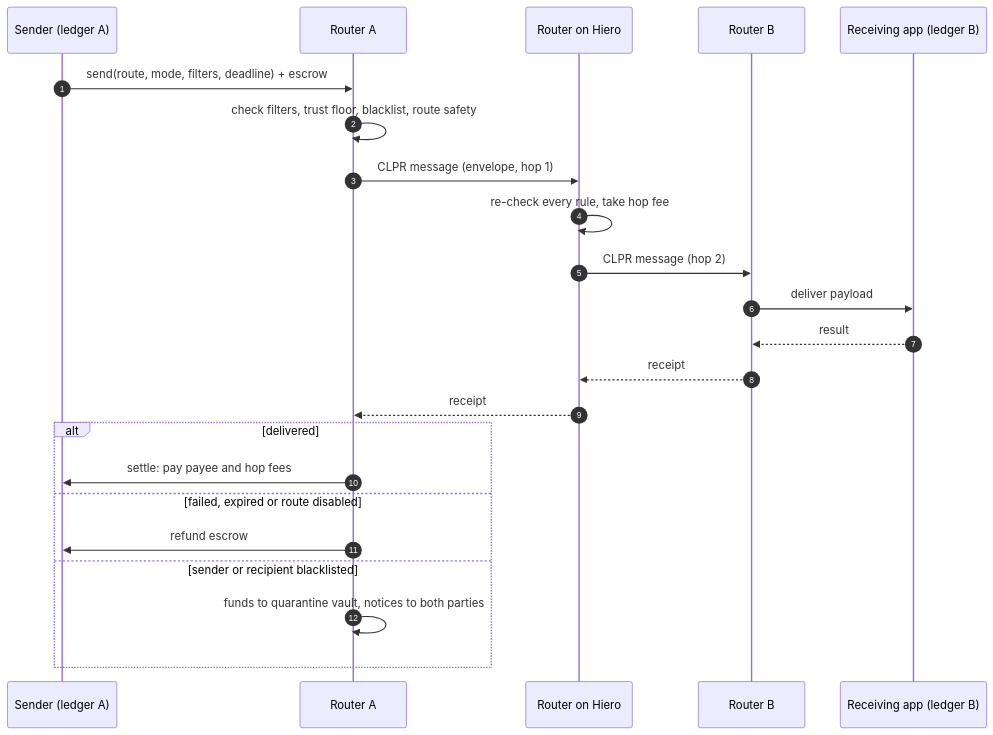
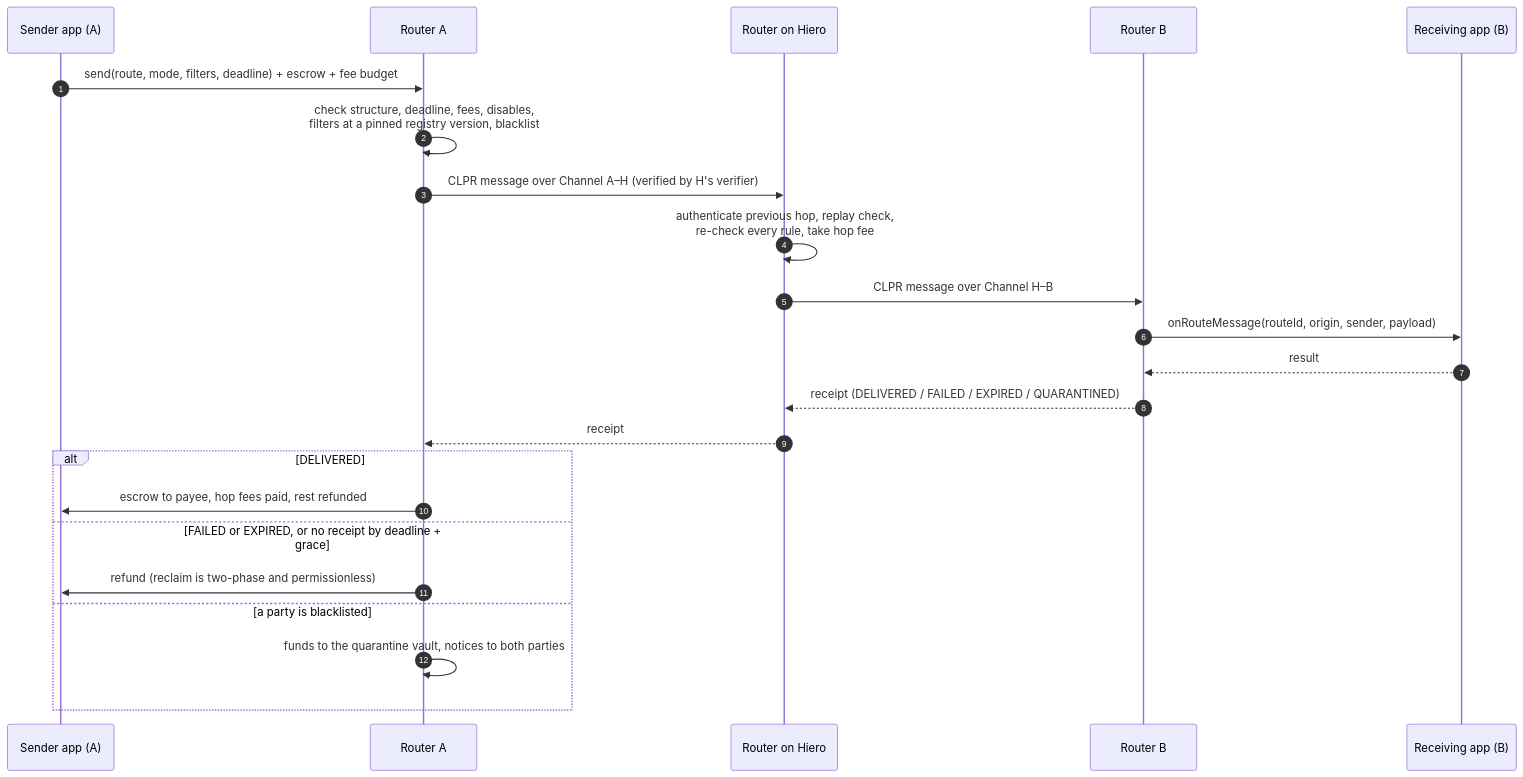
One commit to ColdAI-org/clprouter changed the second of 4 diagrams in README.md. Above: the diagram before and after it, drawn with Mermaid. The commit also changed other lines of this file, not shown here.

````diff
--- a/README.md
+++ b/README.md
@@ -82,25 +130,25 @@
 ```mermaid
 sequenceDiagram
     autonumber
-    participant S as Sender (ledger A)
+    participant S as Sender app (A)
     participant RA as Router A
     participant RH as Router on Hiero
     participant RB as Router B
-    participant D as Receiving app (ledger B)
-    S->>RA: send(route, mode, filters, deadline) + escrow
-    RA->>RA: check filters, trust floor, blacklist, route safety
-    RA->>RH: CLPR message (envelope, hop 1)
-    RH->>RH: re-check every rule, take hop fee
-    RH->>RB: CLPR message (hop 2)
-    RB->>D: deliver payload
+    participant D as Receiving app (B)
+    S->>RA: send(route, mode, filters, deadline) + escrow + fee budget
+    RA->>RA: check structure, deadline, fees, disables,<br/>filters at a pinned registry version, blacklist
+    RA->>RH: CLPR message over Channel A–H (verified by H's verifier)
+    RH->>RH: authenticate previous hop, replay check,<br/>re-check every rule, take hop fee
+    RH->>RB: CLPR message over Channel H–B
+    RB->>D: onRouteMessage(routeId, origin, sender, payload)
     D-->>RB: result
-    RB-->>RH: receipt
+    RB-->>RH: receipt (DELIVERED / FAILED / EXPIRED / QUARANTINED)
     RH-->>RA: receipt
-    alt delivered
-        RA->>S: settle: pay payee and hop fees
-    else failed, expired or route disabled
-        RA->>S: refund escrow
-    else sender or recipient blacklisted
-        RA->>RA: funds to quarantine vault, notices to both parties
+    alt DELIVERED
+        RA->>S: escrow to payee, hop fees paid, rest refunded
+    else FAILED or EXPIRED, or no receipt by deadline + grace
+        RA->>S: refund (reclaim is two-phase and permissionless)
+    else a party is blacklisted
+        RA->>RA: funds to the quarantine vault, notices to both parties
     end
 ```
````
